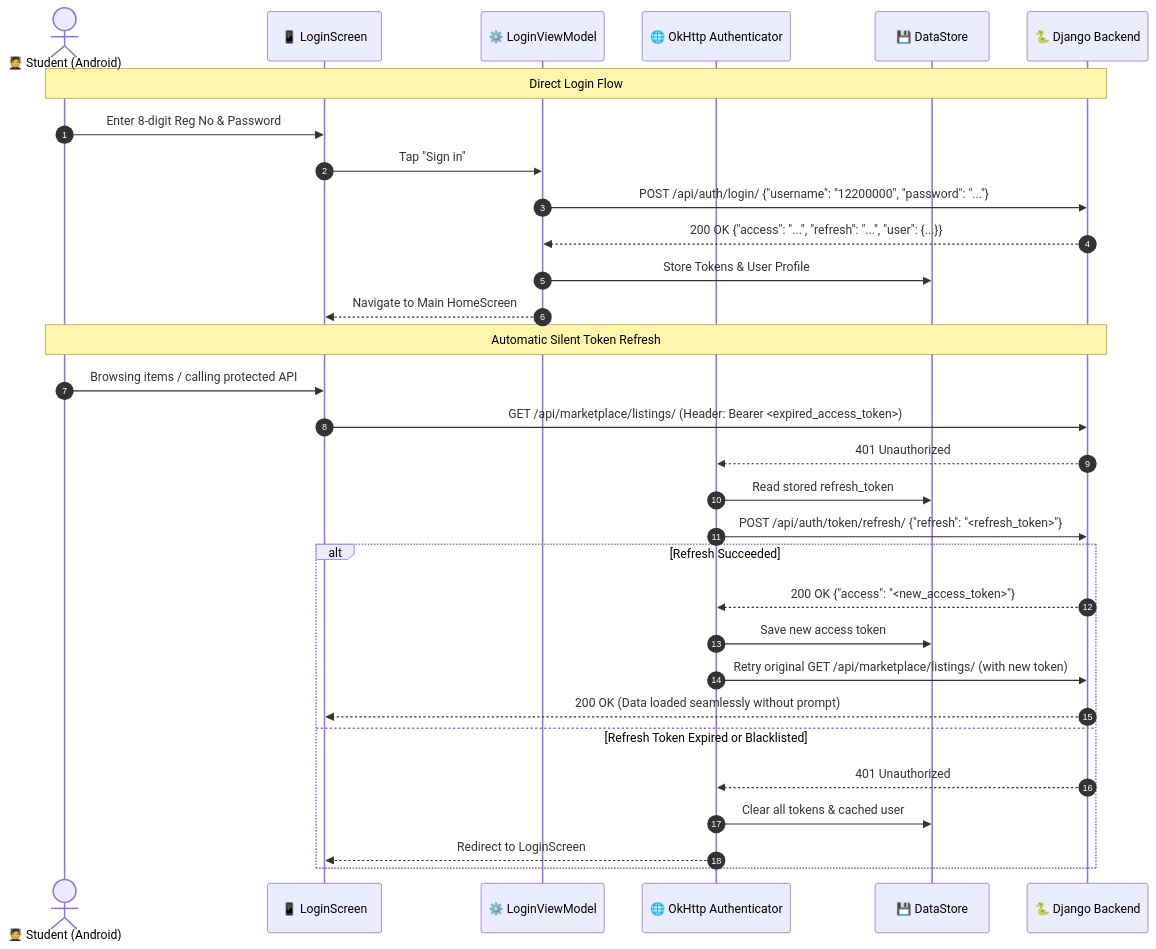
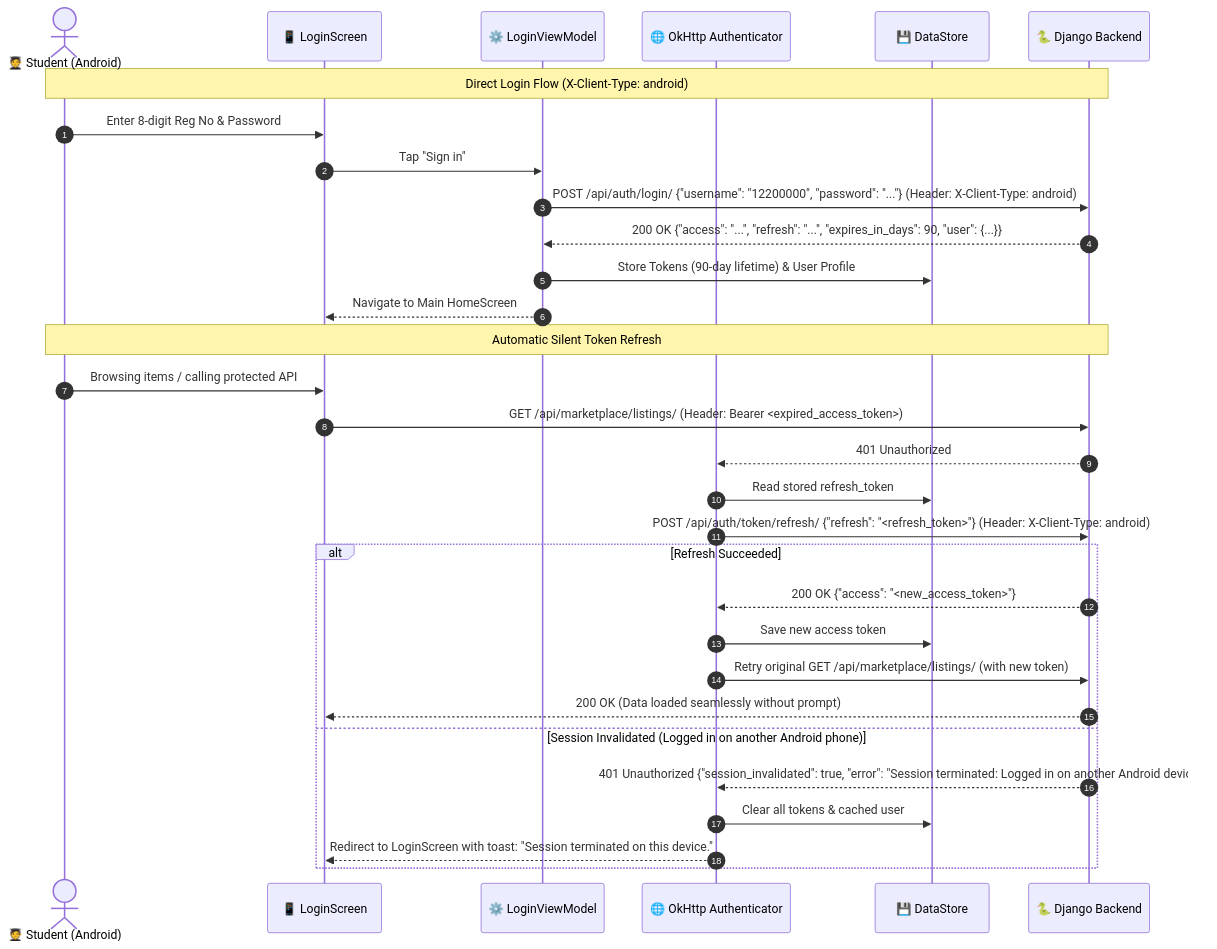
The second of 2 diagrams in android/ANDROID_LOGIN_REGISTRATION.md (Aikansh-Official/django_marketplace), drawn with Mermaid before and after one commit. The commit also changed other lines of this file and 9 other files, not shown here.

Commit message:
feat(auth): implement dual-device session isolation (1 Web 30d + 1 Android 90d) with remote session revocation

````diff
--- a/android/ANDROID_LOGIN_REGISTRATION.md
+++ b/android/ANDROID_LOGIN_REGISTRATION.md
@@ -202,35 +207,35 @@
 ```mermaid
 sequenceDiagram
     autonumber
     actor Student as 🧑‍🎓 Student (Android)
     participant UI as 📱 LoginScreen
     participant VM as ⚙️ LoginViewModel
     participant OkHttp as 🌐 OkHttp Authenticator
     participant DS as 💾 DataStore
     participant API as 🐍 Django Backend
 
-    Note over Student,API: Direct Login Flow
+    Note over Student,API: Direct Login Flow (X-Client-Type: android)
     Student->>UI: Enter 8-digit Reg No & Password
     UI->>VM: Tap "Sign in"
-    VM->>API: POST /api/auth/login/ {"username": "12200000", "password": "..."}
-    API-->>VM: 200 OK {"access": "...", "refresh": "...", "user": {...}}
-    VM->>DS: Store Tokens & User Profile
+    VM->>API: POST /api/auth/login/ {"username": "12200000", "password": "..."} (Header: X-Client-Type: android)
+    API-->>VM: 200 OK {"access": "...", "refresh": "...", "expires_in_days": 90, "user": {...}}
+    VM->>DS: Store Tokens (90-day lifetime) & User Profile
     VM-->>UI: Navigate to Main HomeScreen
 
     Note over Student,API: Automatic Silent Token Refresh
     Student->>UI: Browsing items / calling protected API
     UI->>API: GET /api/marketplace/listings/ (Header: Bearer <expired_access_token>)
     API-->>OkHttp: 401 Unauthorized
     OkHttp->>DS: Read stored refresh_token
-    OkHttp->>API: POST /api/auth/token/refresh/ {"refresh": "<refresh_token>"}
+    OkHttp->>API: POST /api/auth/token/refresh/ {"refresh": "<refresh_token>"} (Header: X-Client-Type: android)
     alt Refresh Succeeded
         API-->>OkHttp: 200 OK {"access": "<new_access_token>"}
         OkHttp->>DS: Save new access token
         OkHttp->>API: Retry original GET /api/marketplace/listings/ (with new token)
         API-->>UI: 200 OK (Data loaded seamlessly without prompt)
-    else Refresh Token Expired or Blacklisted
-        API-->>OkHttp: 401 Unauthorized
+    else Session Invalidated (Logged in on another Android phone)
+        API-->>OkHttp: 401 Unauthorized {"session_invalidated": true, "error": "Session terminated: Logged in on another Android device."}
         OkHttp->>DS: Clear all tokens & cached user
-        OkHttp-->>UI: Redirect to LoginScreen
+        OkHttp-->>UI: Redirect to LoginScreen with toast: "Session terminated on this device."
     end
 ```
````
